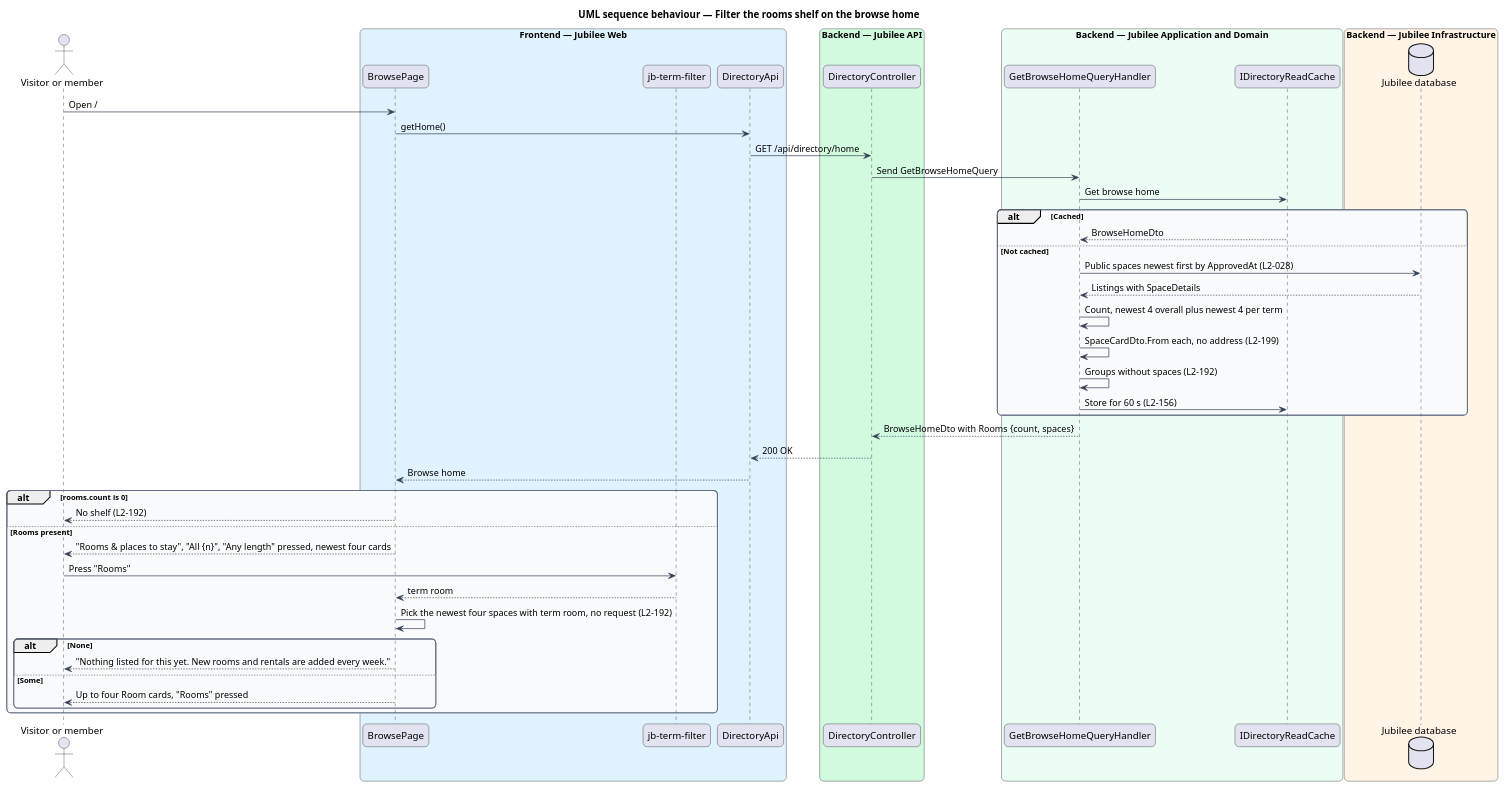
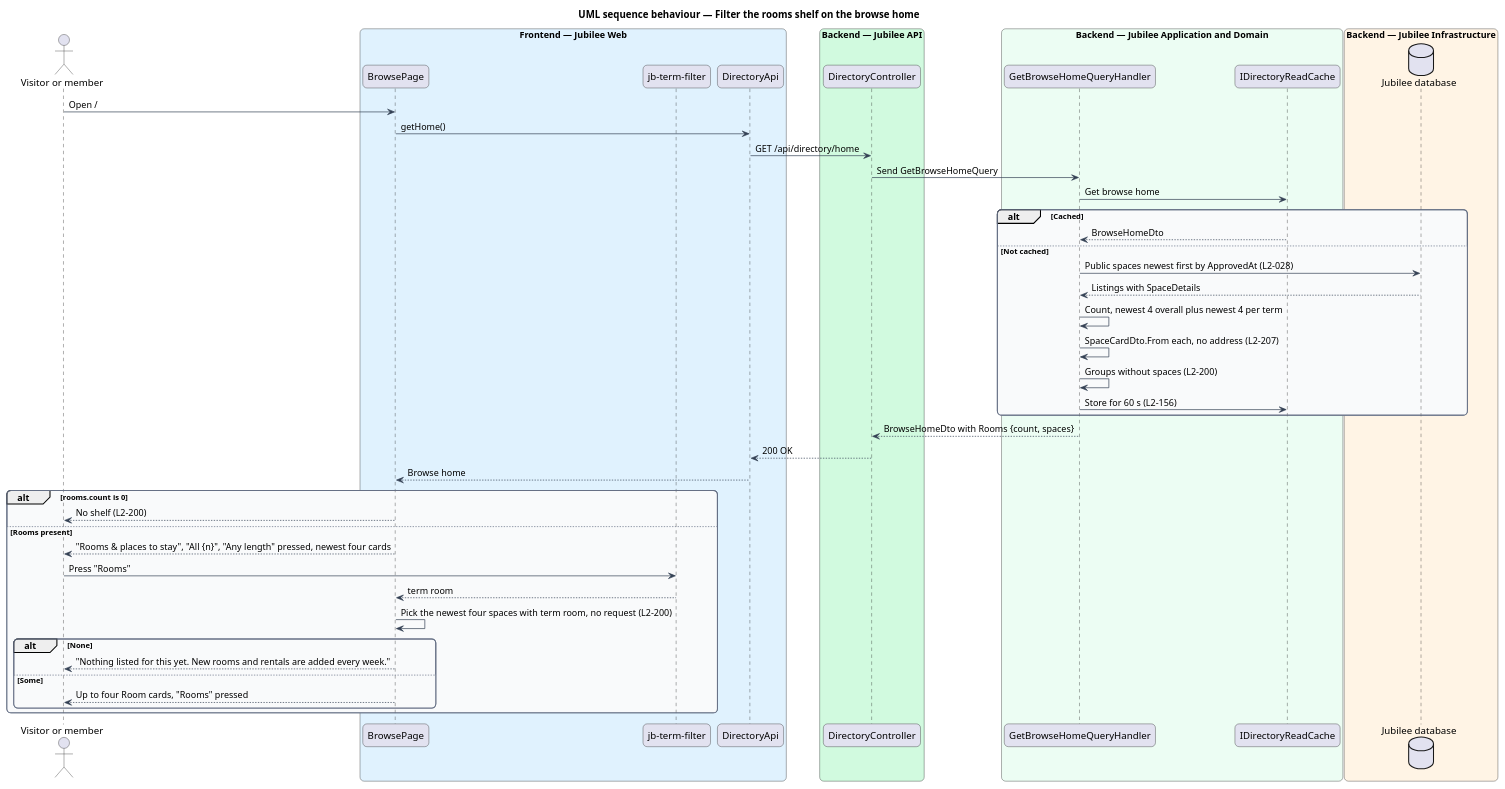
Before and after one commit to QuinntyneBrown/jubilee: the diagram in docs/detailed-designs/directory/browse-spaces/diagrams/sequence-rooms-shelf.puml, drawn with PlantUML. The commit also changed 176 other files, not shown here.

```diff
--- a/docs/detailed-designs/directory/browse-spaces/diagrams/sequence-rooms-shelf.puml
+++ b/docs/detailed-designs/directory/browse-spaces/diagrams/sequence-rooms-shelf.puml
@@ -1,64 +1,64 @@
 @startuml
 title UML sequence behaviour — Filter the rooms shelf on the browse home
 skinparam backgroundColor #FFFFFF
 skinparam shadowing false
 skinparam roundcorner 12
 skinparam defaultFontName Arial
 skinparam ArrowColor #344054
 skinparam rectangle {
   BorderColor #344054
   FontColor #101828
 }
 skinparam package {
   BorderColor #667085
   FontColor #101828
   BackgroundColor #F9FAFB
 }
 actor "Visitor or member" as actor
 box "Frontend — Jubilee Web" #E0F2FE
   participant "BrowsePage" as page
   participant "jb-term-filter" as filter
   participant "DirectoryApi" as client
 end box
 box "Backend — Jubilee API" #D1FADF
   participant "DirectoryController" as controller
 end box
 box "Backend — Jubilee Application and Domain" #ECFDF3
   participant "GetBrowseHomeQueryHandler" as handler
   participant "IDirectoryReadCache" as cache
 end box
 box "Backend — Jubilee Infrastructure" #FFF4E5
   database "Jubilee database" as db
 end box
 actor -> page : Open /
 page -> client : getHome()
 client -> controller : GET /api/directory/home
 controller -> handler : Send GetBrowseHomeQuery
 handler -> cache : Get browse home
 alt Cached
   cache --> handler : BrowseHomeDto
 else Not cached
   handler -> db : Public spaces newest first by ApprovedAt (L2-028)
   db --> handler : Listings with SpaceDetails
   handler -> handler : Count, newest 4 overall plus newest 4 per term
-  handler -> handler : SpaceCardDto.From each, no address (L2-199)
-  handler -> handler : Groups without spaces (L2-192)
+  handler -> handler : SpaceCardDto.From each, no address (L2-207)
+  handler -> handler : Groups without spaces (L2-200)
   handler -> cache : Store for 60 s (L2-156)
 end
 handler --> controller : BrowseHomeDto with Rooms {count, spaces}
 controller --> client : 200 OK
 client --> page : Browse home
 alt rooms.count is 0
-  page --> actor : No shelf (L2-192)
+  page --> actor : No shelf (L2-200)
 else Rooms present
   page --> actor : "Rooms & places to stay", "All {n}", "Any length" pressed, newest four cards
   actor -> filter : Press "Rooms"
   filter --> page : term room
-  page -> page : Pick the newest four spaces with term room, no request (L2-192)
+  page -> page : Pick the newest four spaces with term room, no request (L2-200)
   alt None
     page --> actor : "Nothing listed for this yet. New rooms and rentals are added every week."
   else Some
     page --> actor : Up to four Room cards, "Rooms" pressed
   end
 end
 @enduml
```
